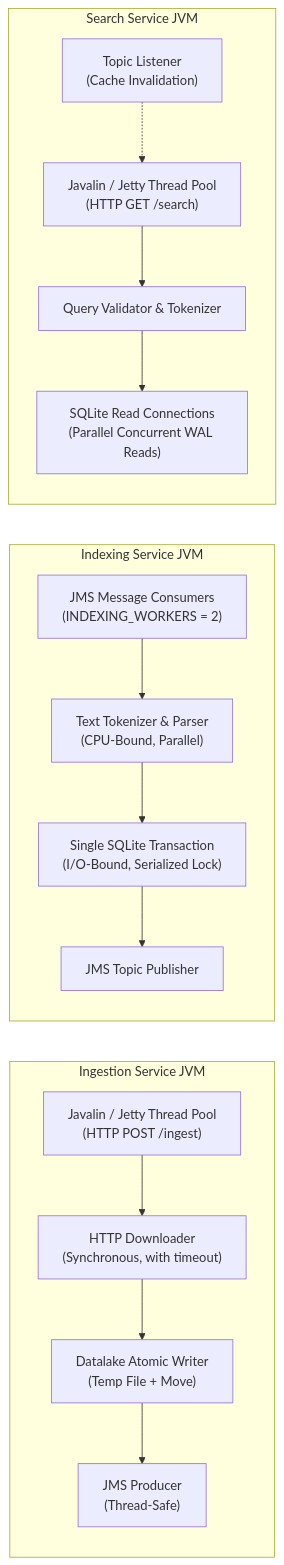
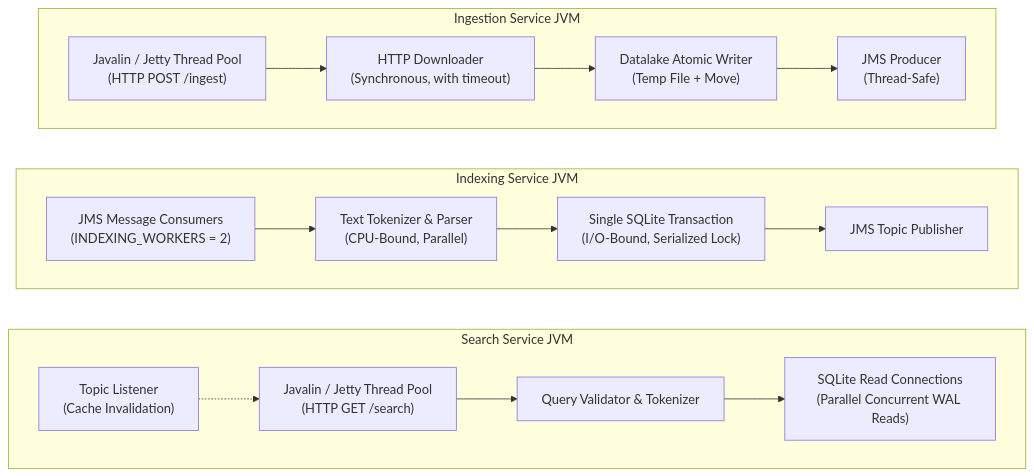
One commit to TheScratchers/stage_2 changed the second of 2 diagrams in docs/report/arquitectura.md. Above: the diagram before and after it, drawn with Mermaid. The commit also changed other lines of this file and 2 other files, not shown here.

First line of the commit message:
docs(report): render the architecture diagrams and fix their Mermaid syntax

````diff
--- a/docs/report/arquitectura.md
+++ b/docs/report/arquitectura.md
@@ -137,27 +137,32 @@
 ```mermaid
-flowchart LR
+flowchart TB
     subgraph IngestionJVM["Ingestion Service JVM"]
+        direction LR
         JavalinIngest["Javalin / Jetty Thread Pool\n(HTTP POST /ingest)"]
         HTTPClient["HTTP Downloader\n(Synchronous, with timeout)"]
         AtomicWriter["Datalake Atomic Writer\n(Temp File + Move)"]
         JMSProd["JMS Producer\n(Thread-Safe)"]
         JavalinIngest --> HTTPClient --> AtomicWriter --> JMSProd
     end
 
     subgraph IndexingJVM["Indexing Service JVM"]
+        direction LR
         BrokerCons["JMS Message Consumers\n(INDEXING_WORKERS = 2)"]
         TokenPool["Text Tokenizer & Parser\n(CPU-Bound, Parallel)"]
         SQLiteWriter["Single SQLite Transaction\n(I/O-Bound, Serialized Lock)"]
         TopicProd["JMS Topic Publisher"]
         BrokerCons --> TokenPool --> SQLiteWriter --> TopicProd
     end
 
     subgraph SearchJVM["Search Service JVM"]
+        direction LR
         JavalinSearch["Javalin / Jetty Thread Pool\n(HTTP GET /search)"]
         QueryParser["Query Validator & Tokenizer"]
         SQLiteReaders["SQLite Read Connections\n(Parallel Concurrent WAL Reads)"]
         TopicCons["Topic Listener\n(Cache Invalidation)"]
         JavalinSearch --> QueryParser --> SQLiteReaders
         TopicCons -.-> JavalinSearch
     end
+
+    IngestionJVM ~~~ IndexingJVM ~~~ SearchJVM
 ```
````
